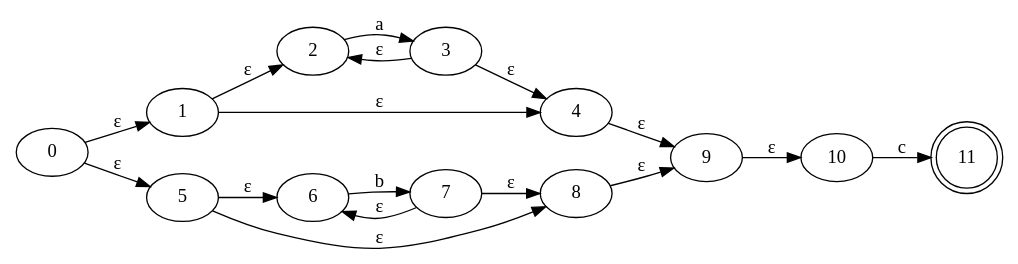
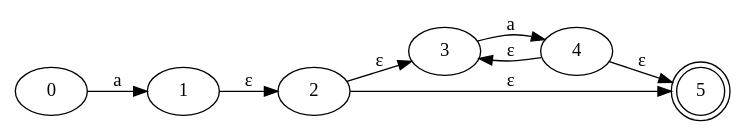
The diagram in Graph/Thompson.gv (MaaarcosG/Automatas), drawn with Graphviz before and after one commit. The commit also changed 13 other files, not shown here.

```diff
--- a/Graph/Thompson.gv
+++ b/Graph/Thompson.gv
@@ -1,31 +1,16 @@
 digraph Automata {
 	rankdir=LR
 	0 [label=0]
-	0 -> 1 [label="ε"]
-	0 -> 5 [label="ε"]
+	0 -> 1 [label=a]
 	1 [label=1]
 	1 -> 2 [label="ε"]
-	1 -> 4 [label="ε"]
 	2 [label=2]
-	2 -> 3 [label=a]
+	2 -> 3 [label="ε"]
+	2 -> 5 [label="ε"]
 	3 [label=3]
-	3 -> 2 [label="ε"]
-	3 -> 4 [label="ε"]
+	3 -> 4 [label=a]
 	4 [label=4]
-	4 -> 9 [label="ε"]
-	5 [label=5]
-	5 -> 6 [label="ε"]
-	5 -> 8 [label="ε"]
-	6 [label=6]
-	6 -> 7 [label=b]
-	7 [label=7]
-	7 -> 6 [label="ε"]
-	7 -> 8 [label="ε"]
-	8 [label=8]
-	8 -> 9 [label="ε"]
-	9 [label=9]
-	9 -> 10 [label="ε"]
-	10 [label=10]
-	10 -> 11 [label=c]
-	11 [label=11 shape=doublecircle]
+	4 -> 3 [label="ε"]
+	4 -> 5 [label="ε"]
+	5 [label=5 shape=doublecircle]
 }
```
